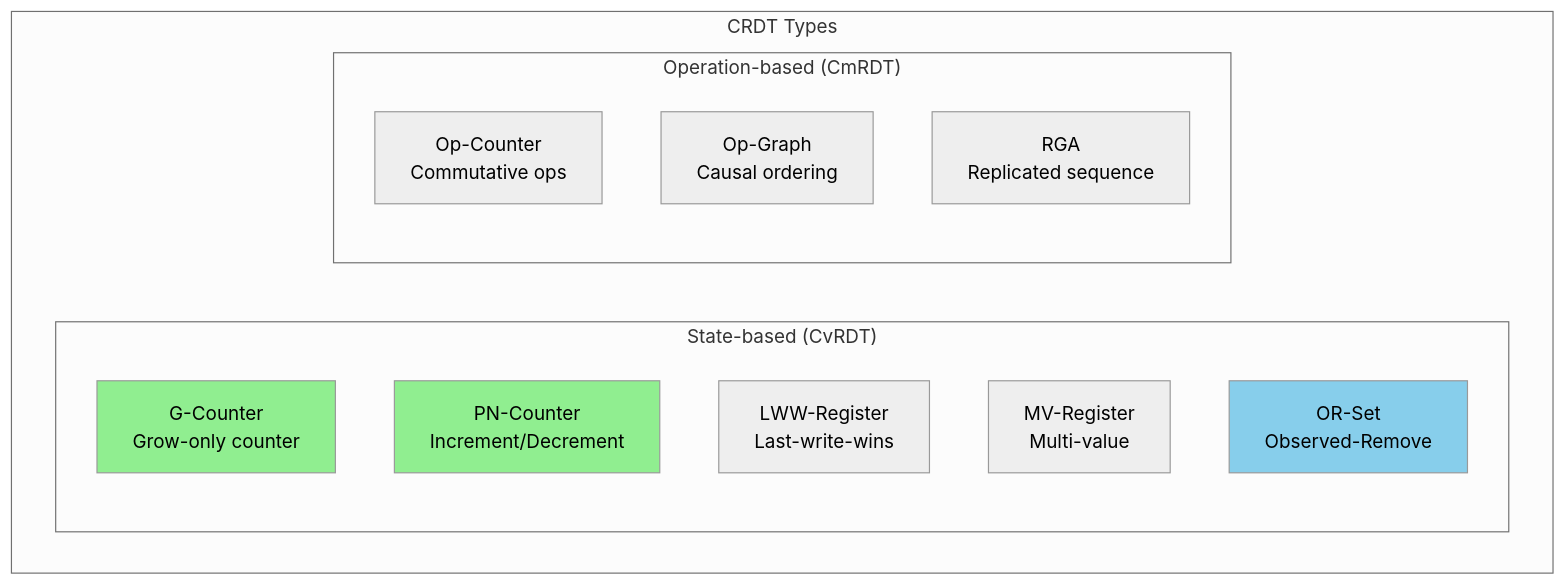
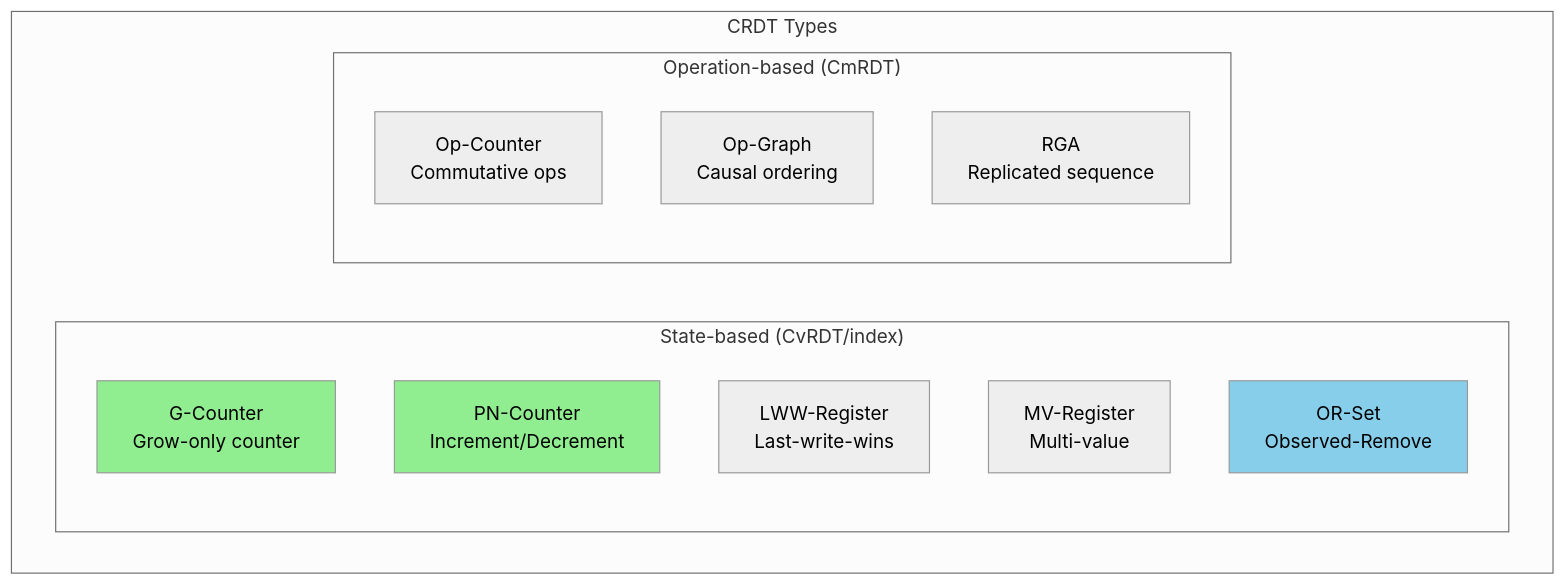
Diagram 15 of 42 in docs/part2-pillars/state/index.md (deepaucksharma/DStudio), drawn with Mermaid (neutral theme) before and after one commit. The commit also changed other lines of this file and 248 other files, not shown here.

````diff
--- a/docs/part2-pillars/state/index.md
+++ b/docs/part2-pillars/state/index.md
@@ -716,22 +716,22 @@
 ```mermaid
 graph TB
     subgraph "CRDT Types"
-        subgraph "State-based (CvRDT)"
+        subgraph "State-based (CvRDT/index)"
             GC[G-Counter<br/>Grow-only counter]
             PN[PN-Counter<br/>Increment/Decrement]
             LWW[LWW-Register<br/>Last-write-wins]
             MV[MV-Register<br/>Multi-value]
             OR[OR-Set<br/>Observed-Remove]
         end
         
         subgraph "Operation-based (CmRDT)"
             OC[Op-Counter<br/>Commutative ops]
             OG[Op-Graph<br/>Causal ordering]
             RGA[RGA<br/>Replicated sequence]
         end
     end
     
     style GC fill:#90EE90
     style PN fill:#90EE90
     style OR fill:#87CEEB
 ```
````
